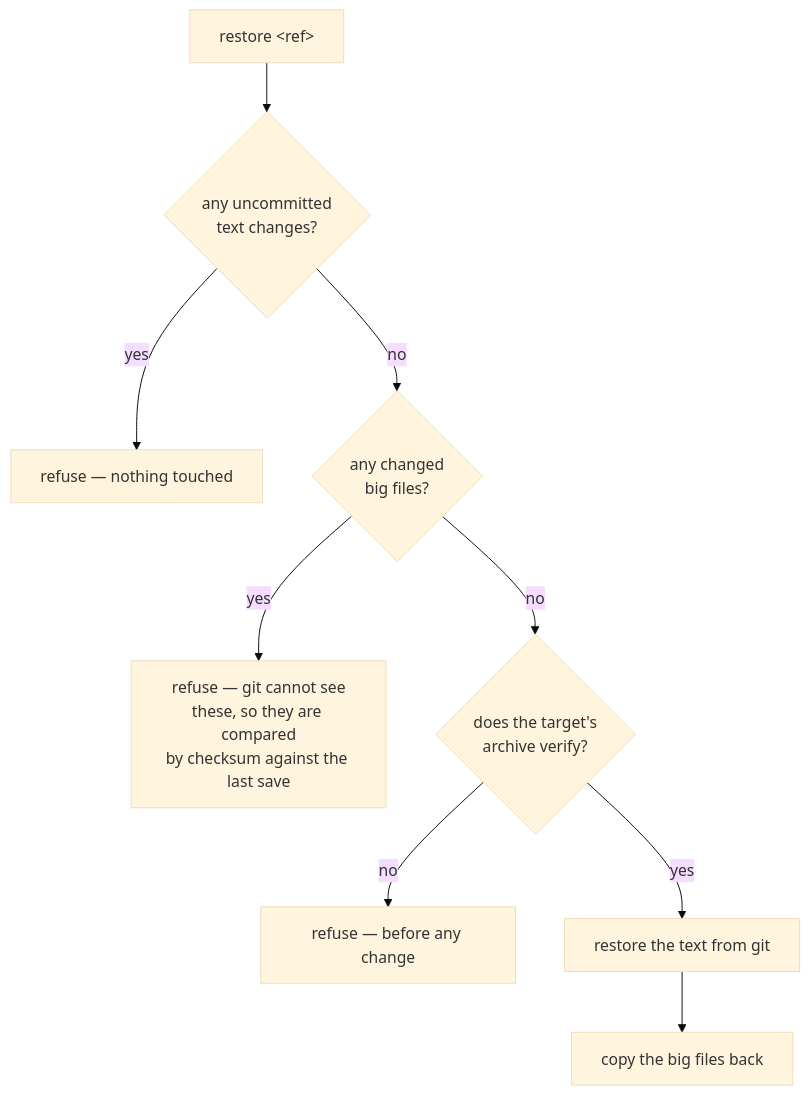
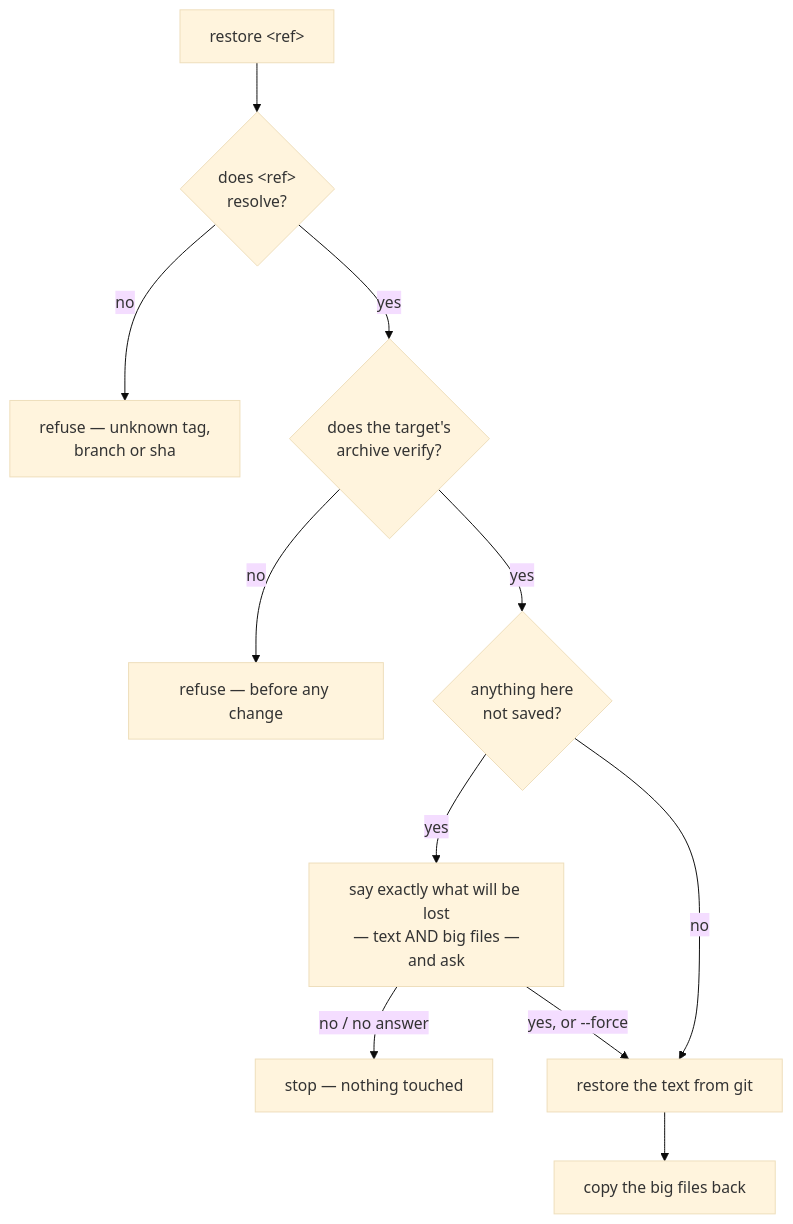
The third of 3 diagrams in docs/execution/checkpointing.md (Qing-LAB/molbuilder), drawn with Mermaid (base theme) before and after one commit. The commit also changed other lines of this file, not shown here.

First line of the commit message:
docs(checkpoint): read against the code -- six claims that did not hold, and the restore decision

````diff
--- a/docs/execution/checkpointing.md
+++ b/docs/execution/checkpointing.md
@@ -229,11 +251,13 @@
 ```mermaid
 flowchart TB
-    R["restore &lt;ref&gt;"] --> D1{"any uncommitted<br/>text changes?"}
-    D1 -->|"yes"| X1["refuse — nothing touched"]
-    D1 -->|"no"| D2{"any changed<br/>big files?"}
-    D2 -->|"yes"| X2["refuse — git cannot see<br/>these, so they are compared<br/>by checksum against the last save"]
-    D2 -->|"no"| D3{"does the target's<br/>archive verify?"}
+    R["restore &lt;ref&gt;"] --> D0{"does &lt;ref&gt;<br/>resolve?"}
+    D0 -->|"no"| X0["refuse — unknown tag,<br/>branch or sha"]
+    D0 -->|"yes"| D3{"does the target's<br/>archive verify?"}
     D3 -->|"no"| X3["refuse — before any change"]
-    D3 -->|"yes"| G["restore the text from git"]
+    D3 -->|"yes"| D1{"anything here<br/>not saved?"}
+    D1 -->|"yes"| Q["say exactly what will be lost<br/>— text AND big files —<br/>and ask"]
+    Q -->|"no / no answer"| X1["stop — nothing touched"]
+    Q -->|"yes, or --force"| G
+    D1 -->|"no"| G["restore the text from git"]
     G --> B["copy the big files back"]
 ```
````
